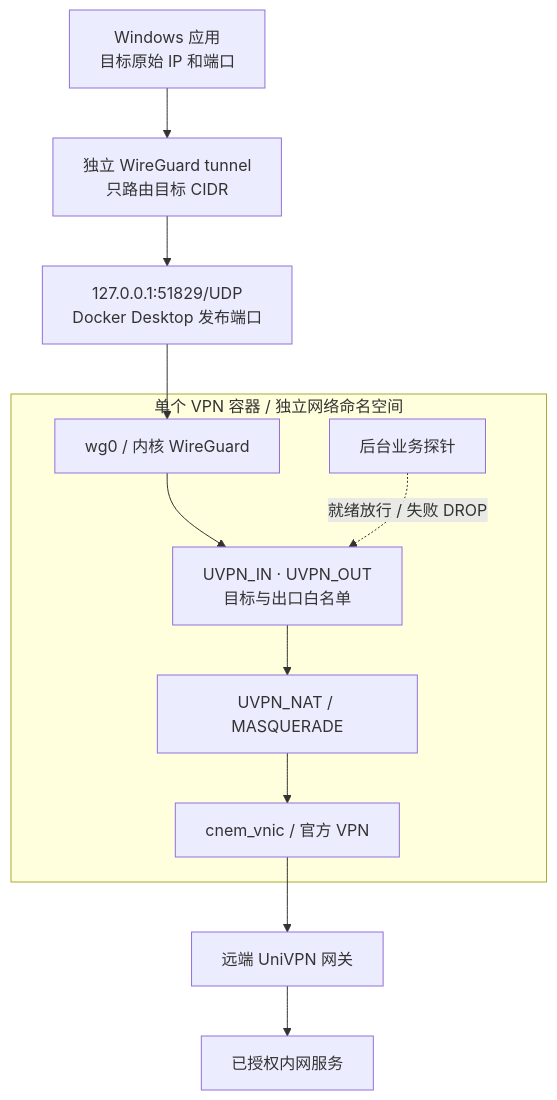
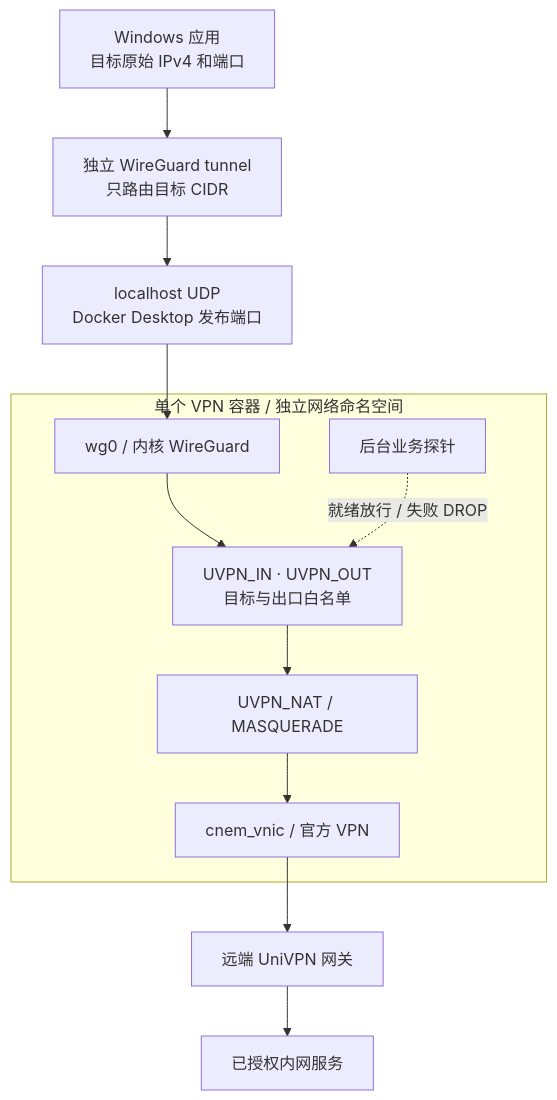
One commit to JavaZeroo/univpn-docker-gateway changed the first of 4 diagrams in docs/architecture.md. Above: the diagram before and after it, drawn with Mermaid. The commit also changed other lines of this file and 21 other files, not shown here.

````diff
--- a/docs/architecture.md
+++ b/docs/architecture.md
@@ -7,13 +7,13 @@
 ```mermaid
 flowchart TB
-    Apps["Windows 应用<br/>目标原始 IP 和端口"] --> Client["独立 WireGuard tunnel<br/>只路由目标 CIDR"]
-    Client --> Port["127.0.0.1:51829/UDP<br/>Docker Desktop 发布端口"]
+    Apps["Windows 应用<br/>目标原始 IPv4 和端口"] --> Client["独立 WireGuard tunnel<br/>只路由目标 CIDR"]
+    Client --> Port["localhost UDP<br/>Docker Desktop 发布端口"]
     subgraph NS["单个 VPN 容器 / 独立网络命名空间"]
         WG["wg0 / 内核 WireGuard"] --> Rules["UVPN_IN · UVPN_OUT<br/>目标与出口白名单"]
         Rules --> NAT["UVPN_NAT / MASQUERADE"]
         NAT --> TUN["cnem_vnic / 官方 VPN"]
         Guard["后台业务探针"] -. "就绪放行 / 失败 DROP" .-> Rules
     end
     Port --> WG
     TUN --> Gateway["远端 UniVPN 网关"] --> Targets["已授权内网服务"]
 ```
````
